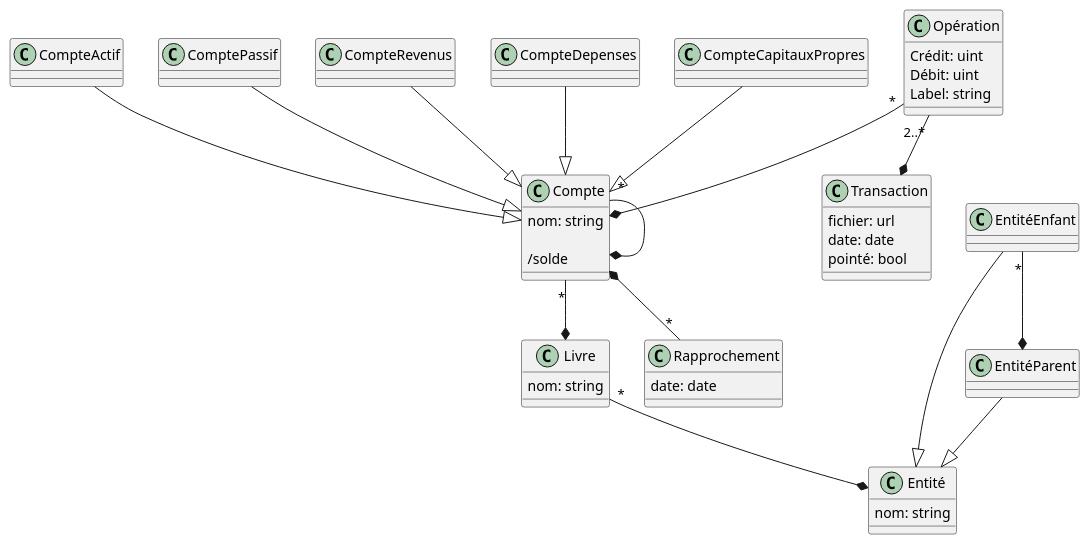
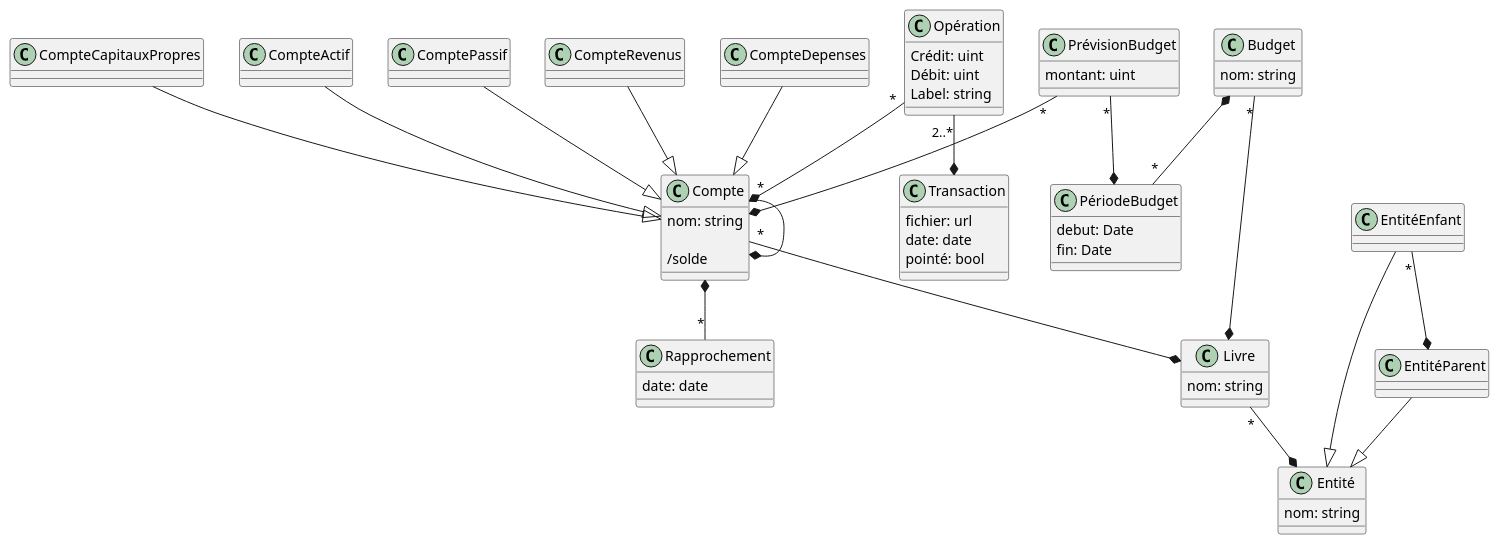
One commit to SiMDE-Projects/flairsou-api changed the diagram in Documentation/ModeleConceptuel.md. Above: the diagram before and after it, drawn with PlantUML.

Commit message:
Ajout de la feature budget sur le MCD

````diff
--- a/Documentation/ModeleConceptuel.md
+++ b/Documentation/ModeleConceptuel.md
@@ -29,6 +29,19 @@
 class CompteRevenus
 class CompteDepenses
 class CompteCapitauxPropres
+
+class Budget {
+    nom: string
+}
+
+class PériodeBudget {
+    debut: Date
+    fin: Date
+}
+
+class PrévisionBudget {
+    montant: uint
+}
 
 class Transaction{
     fichier: url
@@ -68,6 +81,11 @@
 
 Compte *-- "*" Rapprochement
 
+Budget  *-- "*" PériodeBudget
+PrévisionBudget "*" --* PériodeBudget
+PrévisionBudget "*" --* Compte
+Budget "*" --* Livre
+
 @enduml
 
 ```
````
